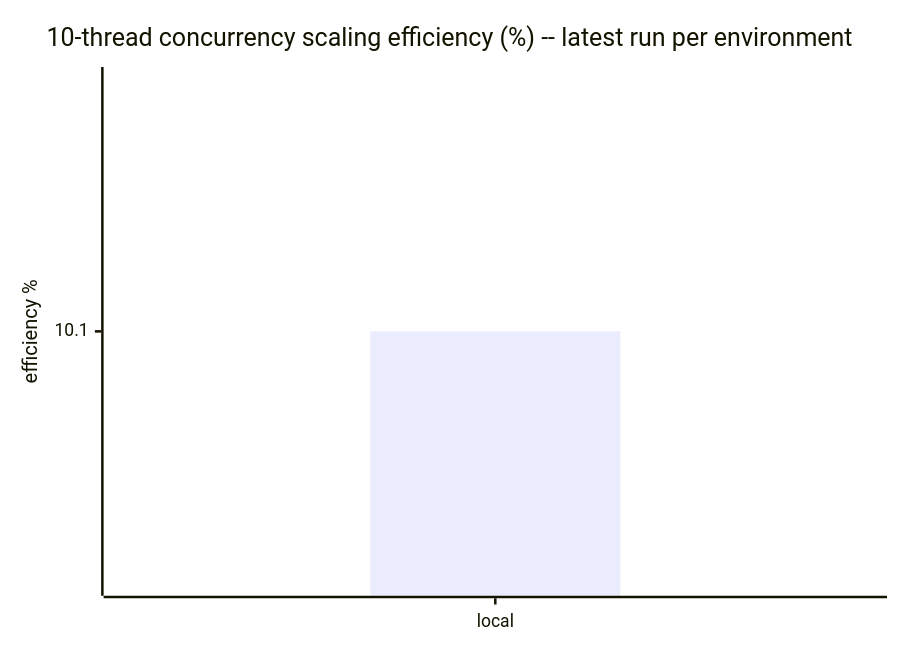
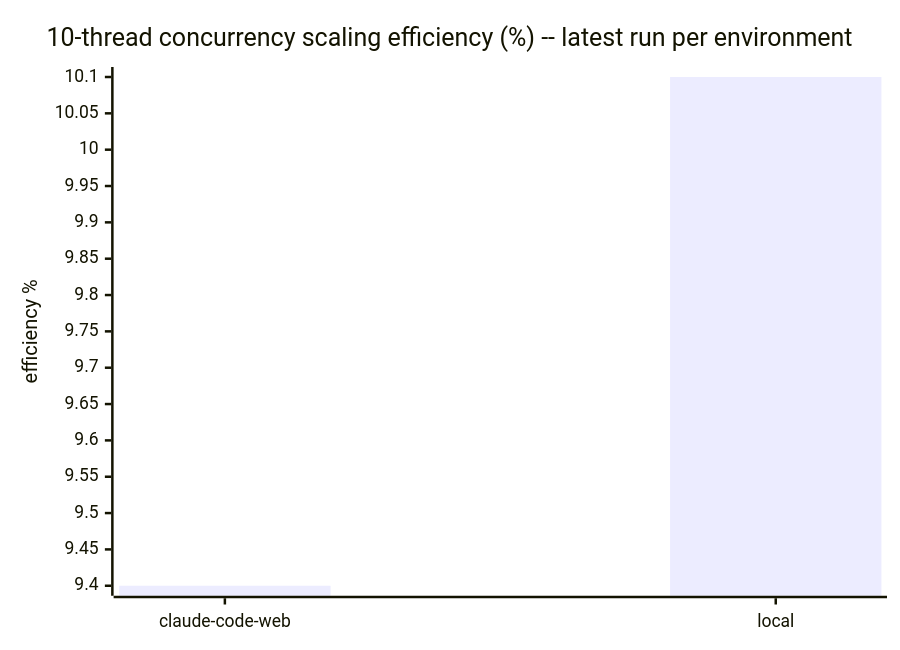
The second of 2 diagrams in docs/benchmarks/README.md (cpb/duckling), drawn with Mermaid before and after one commit. The commit also changed other lines of this file and 1 other file, not shown here.

First line of the commit message:
Record claude-code-web benchmark results for 0.2.0

````diff
--- a/docs/benchmarks/README.md
+++ b/docs/benchmarks/README.md
@@ -45,7 +61,7 @@
 ```mermaid
 xychart-beta
     title "10-thread concurrency scaling efficiency (%) -- latest run per environment"
-    x-axis [local]
+    x-axis [claude-code-web, local]
     y-axis "efficiency %"
-    bar "efficiency_pct" [10.1]
+    bar "efficiency_pct" [9.4, 10.1]
 ```
````
